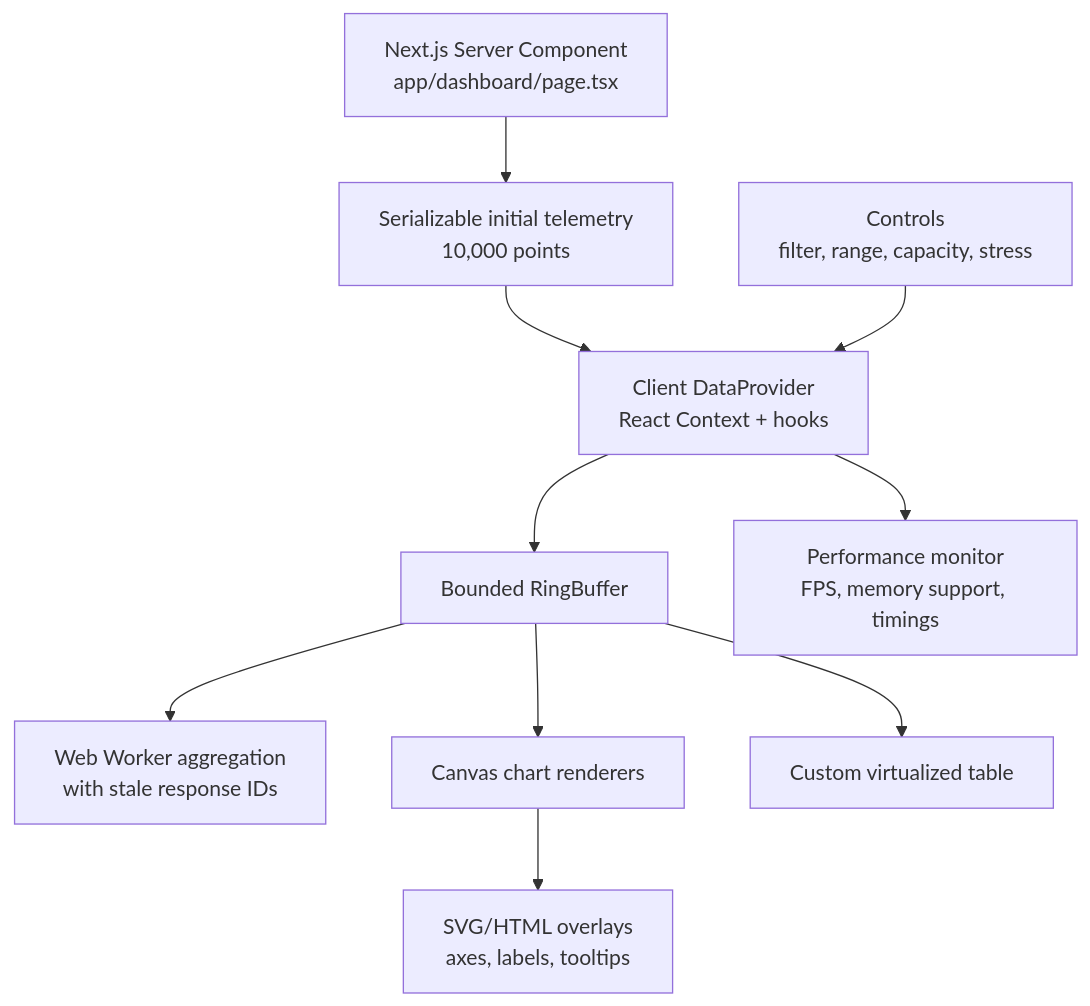
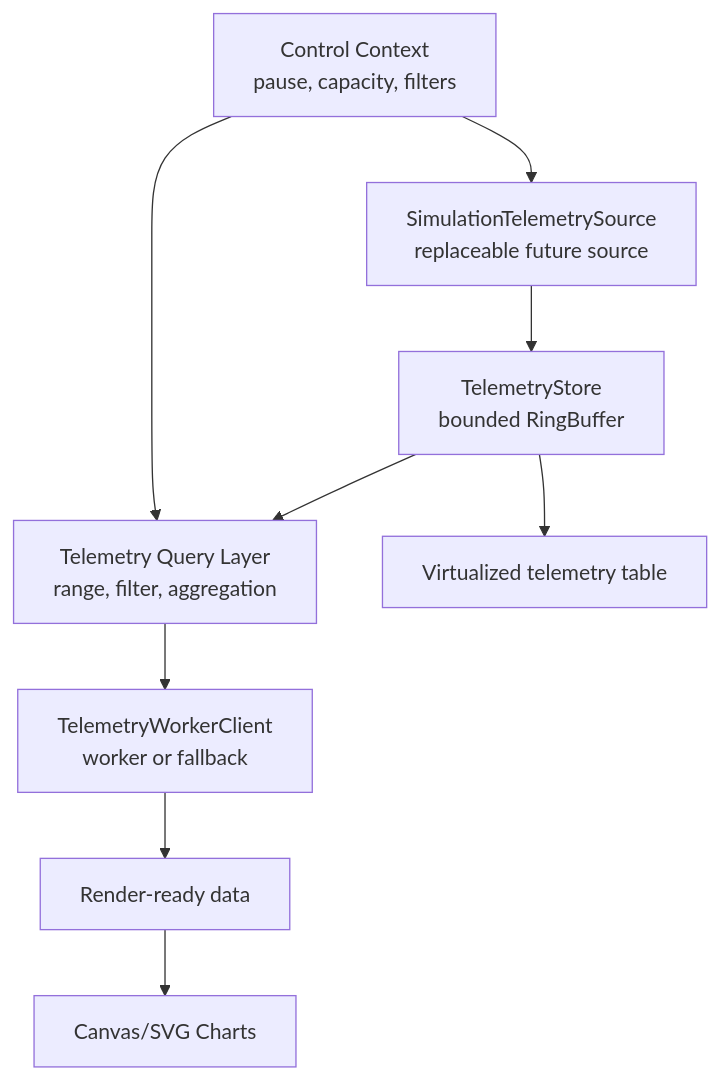
The diagram in README.md (ayushxt25/Observa), drawn with Mermaid before and after one commit. The commit also changed other lines of this file and 43 other files, not shown here.

Commit message:
refactor: complete external telemetry store migration

````diff
--- a/README.md
+++ b/README.md
@@ -73,12 +75,11 @@
 ```mermaid
 flowchart TD
-  A["Next.js Server Component<br/>app/dashboard/page.tsx"] --> B["Serializable initial telemetry<br/>10,000 points"]
-  B --> C["Client DataProvider<br/>React Context + hooks"]
-  C --> D["Bounded RingBuffer"]
-  D --> E["Web Worker aggregation<br/>with stale response IDs"]
-  D --> F["Canvas chart renderers"]
-  F --> G["SVG/HTML overlays<br/>axes, labels, tooltips"]
-  D --> H["Custom virtualized table"]
-  I["Controls<br/>filter, range, capacity, stress"] --> C
-  C --> J["Performance monitor<br/>FPS, memory support, timings"]
+  A["SimulationTelemetrySource<br/>replaceable future source"] --> B["TelemetryStore<br/>bounded RingBuffer"]
+  B --> C["Telemetry Query Layer<br/>range, filter, aggregation"]
+  C --> D["TelemetryWorkerClient<br/>worker or fallback"]
+  D --> E["Render-ready data"]
+  E --> F["Canvas/SVG Charts"]
+  B --> G["Virtualized telemetry table"]
+  H["Control Context<br/>pause, capacity, filters"] --> A
+  H --> C
 ```
````
